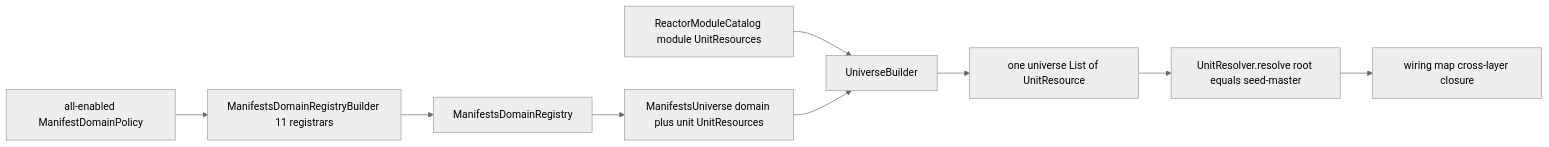
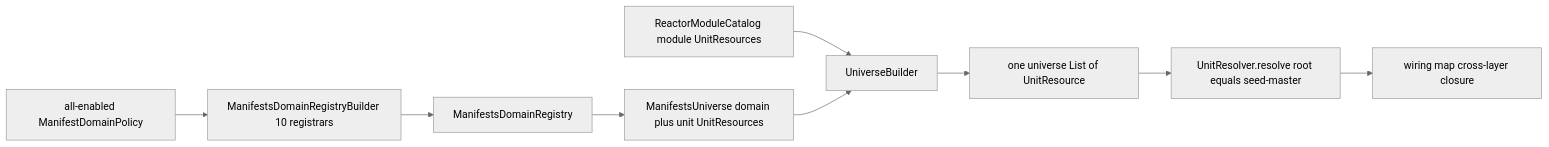
One commit to nxmatic/rke2lab changed the third of 3 diagrams in docs/superpowers/specs/2026-06-15-unitrepo-real-graph-resolution-design.md. Above: the diagram before and after it, drawn with Mermaid (neutral theme). The commit also changed other lines of this file and 1 other file, not shown here.

First line of the commit message:
docs(unitrepo): implementation plan — real-graph resolution proof

````diff
--- a/docs/superpowers/specs/2026-06-15-unitrepo-real-graph-resolution-design.md
+++ b/docs/superpowers/specs/2026-06-15-unitrepo-real-graph-resolution-design.md
@@ -173,11 +174,11 @@
 ```mermaid
 flowchart LR
-  A["all-enabled ManifestDomainPolicy"] --> B["ManifestsDomainRegistryBuilder 11 registrars"]
+  A["all-enabled ManifestDomainPolicy"] --> B["ManifestsDomainRegistryBuilder 10 registrars"]
   B --> C["ManifestsDomainRegistry"]
   C --> D["ManifestsUniverse domain plus unit UnitResources"]
   E["ReactorModuleCatalog module UnitResources"] --> F["UniverseBuilder"]
   D --> F
   F --> G["one universe List of UnitResource"]
   G --> H["UnitResolver.resolve root equals seed-master"]
   H --> I["wiring map cross-layer closure"]
 ```
````
